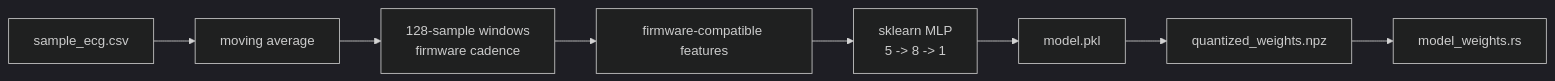
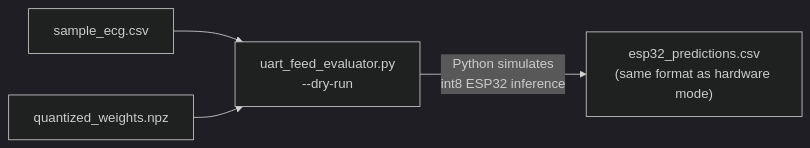
Before and after one commit to Adji-SP/RT-QTinyECG-ESP32-Rust: the fifth of 7 diagrams in Product/docs/block_diagram.md, drawn with Mermaid (dark theme). The commit also changed other lines of this file and 9 other files, not shown here.

````diff
--- a/Product/docs/block_diagram.md
+++ b/Product/docs/block_diagram.md
@@ -75,10 +201,6 @@
 ```mermaid
 flowchart LR
-    A["sample_ecg.csv"] --> B["moving average"]
-    B --> C["128-sample windows\nfirmware cadence"]
-    C --> D["firmware-compatible features"]
-    D --> E["sklearn MLP\n5 -> 8 -> 1"]
-    E --> F["model.pkl"]
-    F --> G["quantized_weights.npz"]
-    G --> H["model_weights.rs"]
+    CSV["sample_ecg.csv"] --> PY["uart_feed_evaluator.py\n--dry-run"]
+    NPZ["quantized_weights.npz"] --> PY
+    PY -->|"Python simulates\nint8 ESP32 inference"| OUT["esp32_predictions.csv\n(same format as hardware mode)"]
 ```
````
